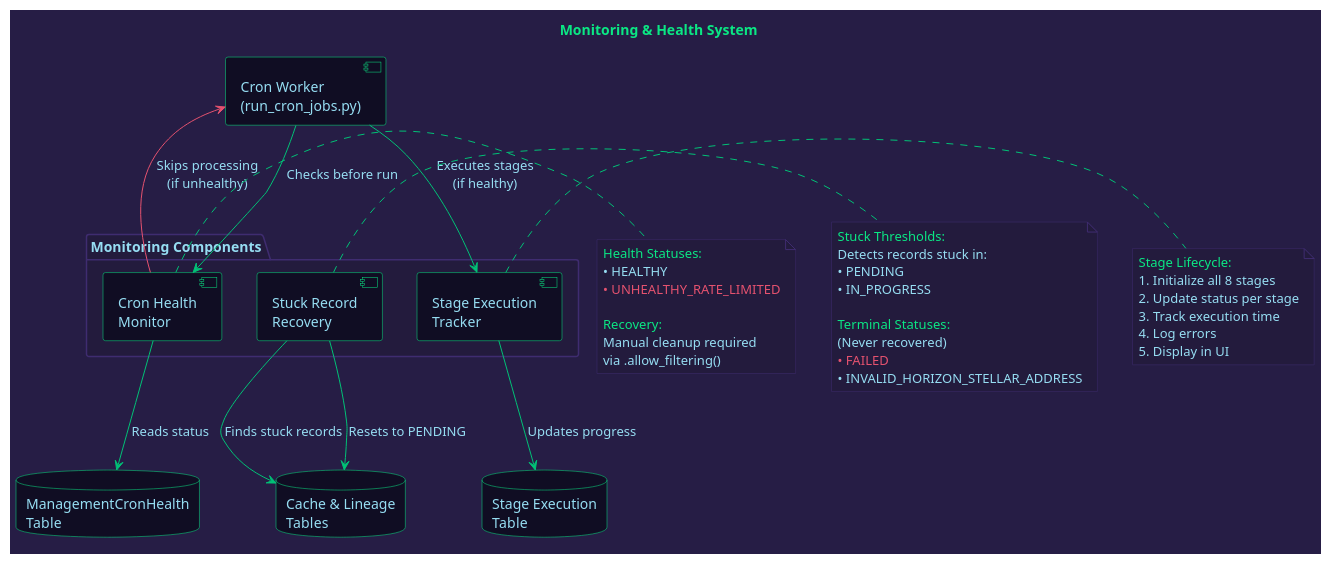
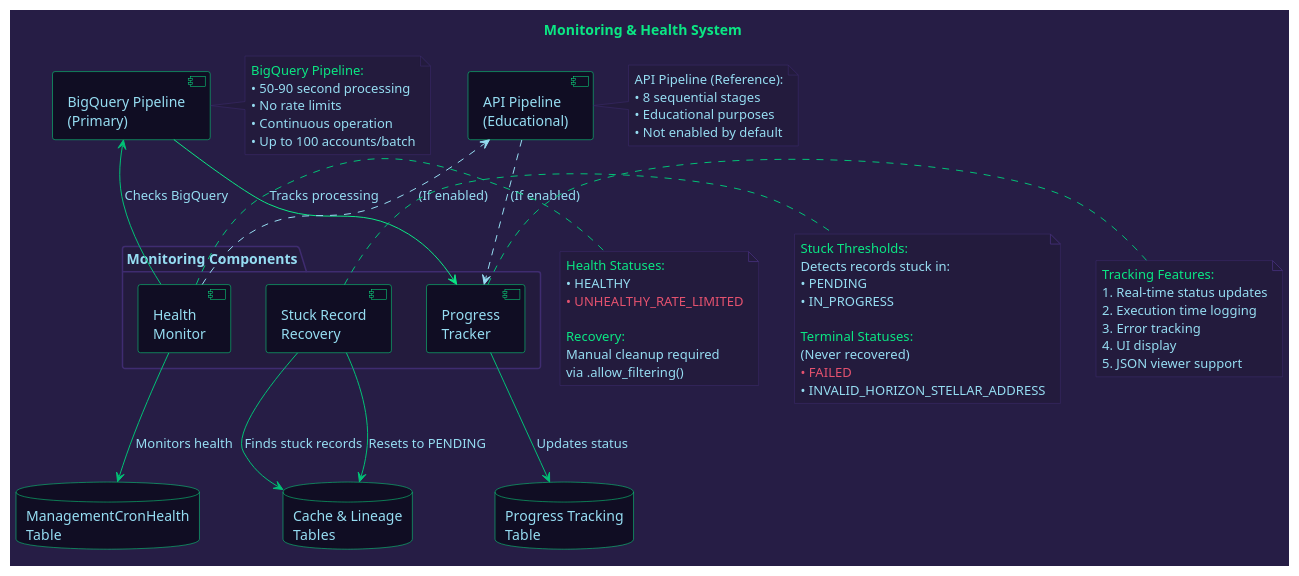
Before and after one commit to areveur51/StellarMapWeb: the diagram in diagrams/05_monitoring_system.puml, drawn with PlantUML. The commit also changed 4 other files, not shown here.

First line of the commit message:
Update diagrams to reflect current pipeline status and color theme

```diff
--- a/diagrams/05_monitoring_system.puml
+++ b/diagrams/05_monitoring_system.puml
@@ -1,87 +1,104 @@
 @startuml Monitoring System
 
 skinparam backgroundColor #261D45
 skinparam defaultFontColor #96DDF2
 
 skinparam component {
   BackgroundColor #100D23
   BorderColor #0BE784
   FontColor #96DDF2
   ArrowColor #01C176
 }
 
 skinparam database {
   BackgroundColor #100D23
   BorderColor #0BE784
   FontColor #96DDF2
 }
 
 skinparam package {
   BackgroundColor #231B3D
   BorderColor #3f2c70
   FontColor #96DDF2
 }
 
 skinparam note {
   BackgroundColor #231B3D
   BorderColor #3f2c70
   FontColor #96DDF2
 }
 
 title <color:#0BE784>Monitoring & Health System
 
 package "Monitoring Components" #231B3D {
-  component "Cron Health\nMonitor" as CronHealth
+  component "Health\nMonitor" as HealthMonitor
   component "Stuck Record\nRecovery" as Recovery
-  component "Stage Execution\nTracker" as StageTracker
+  component "Progress\nTracker" as ProgressTracker
 }
 
-component "Cron Worker\n(run_cron_jobs.py)" as CronWorker
+component "BigQuery Pipeline\n(Primary)" as BQPipeline
+component "API Pipeline\n(Educational)" as APIPipeline
 
 database "ManagementCronHealth\nTable" as HealthDB
-database "Stage Execution\nTable" as StageDB
+database "Progress Tracking\nTable" as ProgressDB
 database "Cache & Lineage\nTables" as DataDB
 
-CronWorker -[#01C176]-> CronHealth : "Checks before run"
-CronHealth -[#01C176]-> HealthDB : "Reads status"
+BQPipeline -[#0BE784]-> ProgressTracker : "Tracks processing"
+APIPipeline -[#96DDF2,dashed]-> ProgressTracker : "(If enabled)"
 
-CronWorker -[#01C176]-> StageTracker : "Executes stages\n(if healthy)"
-StageTracker -[#01C176]-> StageDB : "Updates progress"
+ProgressTracker -[#01C176]-> ProgressDB : "Updates status"
 
-CronHealth -[#E5526F]-> CronWorker : "Skips processing\n(if unhealthy)"
+HealthMonitor -[#01C176]-> HealthDB : "Monitors health"
+HealthMonitor -[#01C176]-> BQPipeline : "Checks BigQuery"
+HealthMonitor -[#96DDF2,dashed]-> APIPipeline : "(If enabled)"
 
 Recovery -[#01C176]-> DataDB : "Finds stuck records"
 Recovery -[#01C176]-> DataDB : "Resets to PENDING"
 
-note right of CronHealth #231B3D
+note right of BQPipeline #231B3D
+  <color:#0BE784>BigQuery Pipeline:
+  <color:#96DDF2>• 50-90 second processing
+  <color:#96DDF2>• No rate limits
+  <color:#96DDF2>• Continuous operation
+  <color:#96DDF2>• Up to 100 accounts/batch
+end note
+
+note right of APIPipeline #231B3D
+  <color:#96DDF2>API Pipeline (Reference):
+  <color:#96DDF2>• 8 sequential stages
+  <color:#96DDF2>• Educational purposes
+  <color:#96DDF2>• Not enabled by default
+end note
+
+note right of HealthMonitor #231B3D
   <color:#0BE784>Health Statuses:
   <color:#96DDF2>• HEALTHY
   <color:#E5526F>• UNHEALTHY_RATE_LIMITED
   
   <color:#0BE784>Recovery:
   <color:#96DDF2>Manual cleanup required
   via .allow_filtering()
 end note
 
 note right of Recovery #231B3D
   <color:#0BE784>Stuck Thresholds:
   <color:#96DDF2>Detects records stuck in:
   • PENDING
   • IN_PROGRESS
   
   <color:#0BE784>Terminal Statuses:
   <color:#96DDF2>(Never recovered)
   <color:#E5526F>• FAILED
   • INVALID_HORIZON_STELLAR_ADDRESS
 end note
 
-note right of StageTracker #231B3D
-  <color:#0BE784>Stage Lifecycle:
-  <color:#96DDF2>1. Initialize all 8 stages
-  2. Update status per stage
-  3. Track execution time
-  4. Log errors
-  5. Display in UI
+note right of ProgressTracker #231B3D
+  <color:#0BE784>Tracking Features:
+  <color:#96DDF2>1. Real-time status updates
+  2. Execution time logging
+  3. Error tracking
+  4. UI display
+  5. JSON viewer support
 end note
 
 @enduml
```
